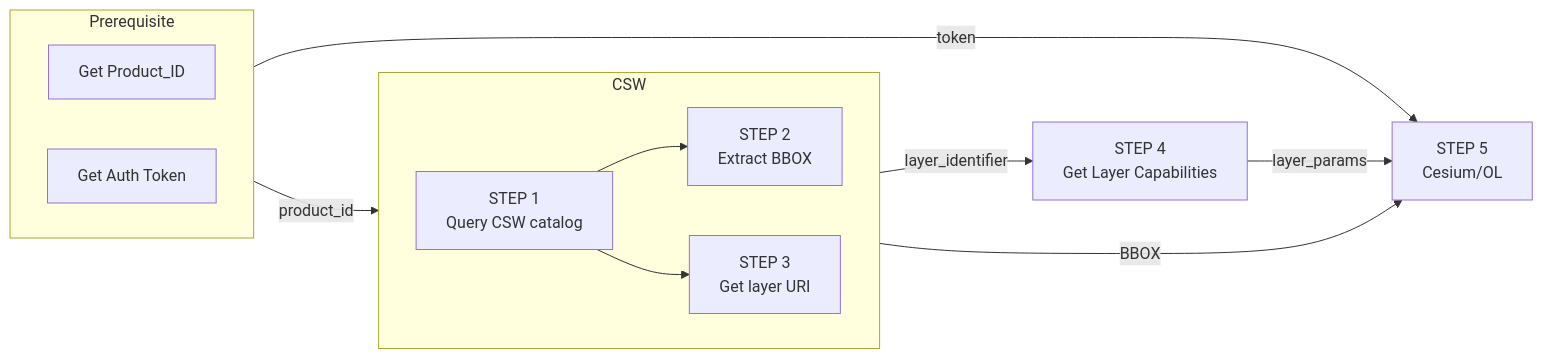
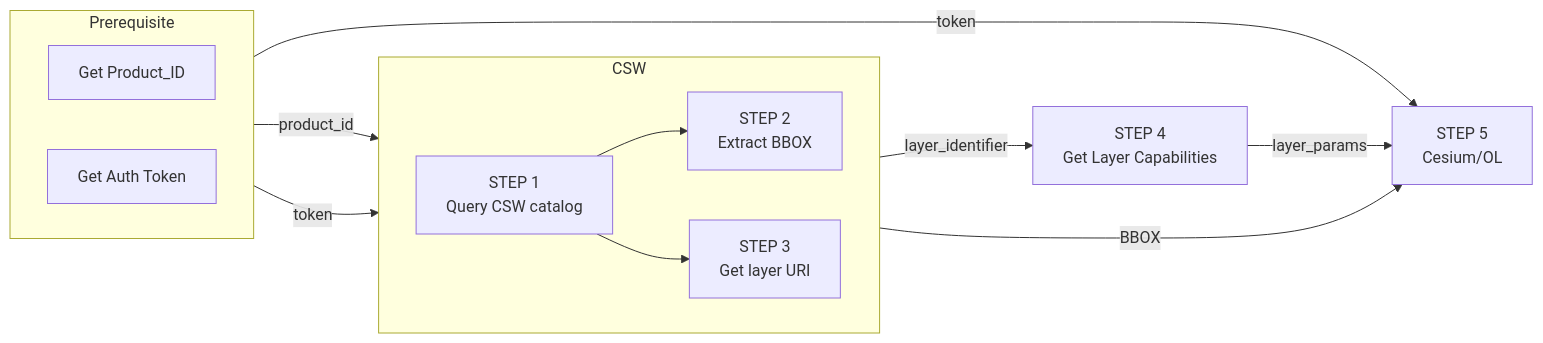
Before and after one commit to MapColonies/developer-portal: the diagram in docs/getting-started/get_start_raster.md, drawn with Mermaid. The commit also changed other lines of this file and 15 other files, not shown here.

````diff
--- a/docs/getting-started/get_start_raster.md
+++ b/docs/getting-started/get_start_raster.md
@@ -9,20 +9,21 @@
 ```mermaid
 flowchart LR
     subgraph CSW
       direction LR
       b1[STEP 1 <br/> Query CSW catalog] --> b2[STEP 2<br/> Extract BBOX]
       b1 --> b3[STEP 3<br/>Get layer URI]
     end
 
     subgraph  Prerequisite
       direction LR
       a1[Get Product_ID]
       a2[Get Auth Token]
     end
 
     a1 -- product_id --> b1
     a2 -- token --> D
+    a2 -- token --> b1
     b3  -- layer_identifier --> C[STEP 4<br/> Get Layer Capabilities]
     b2 -- BBOX --> D[STEP 5<br/> Cesium/OL]
     C -- layer_params --> D
 ```
````
